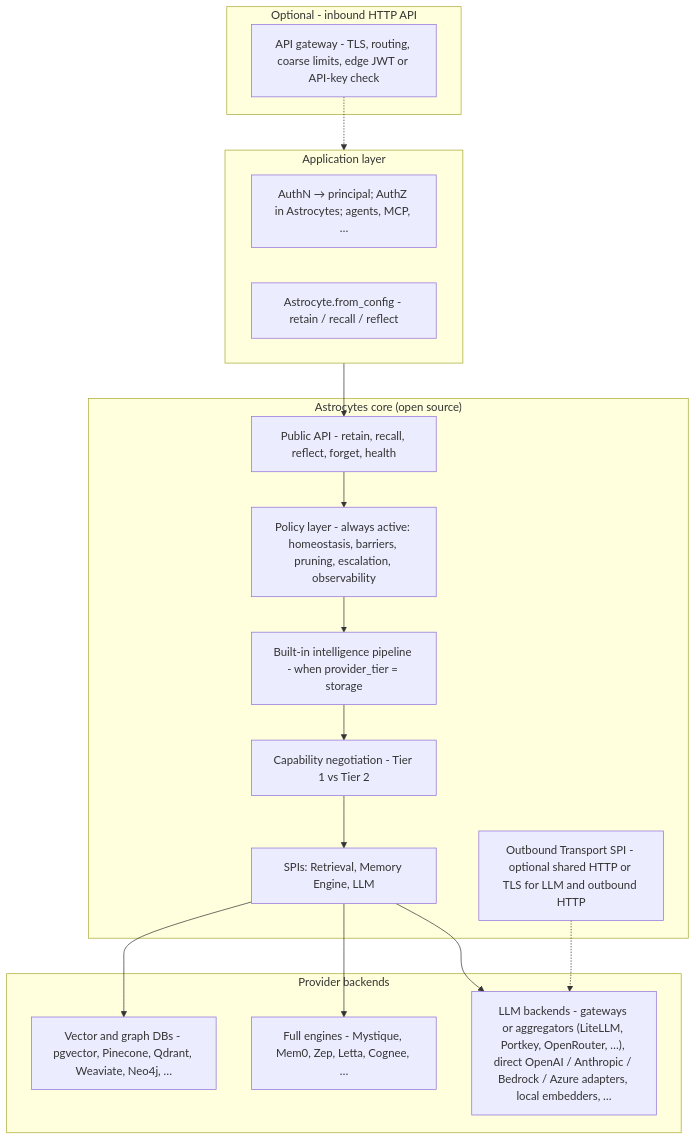
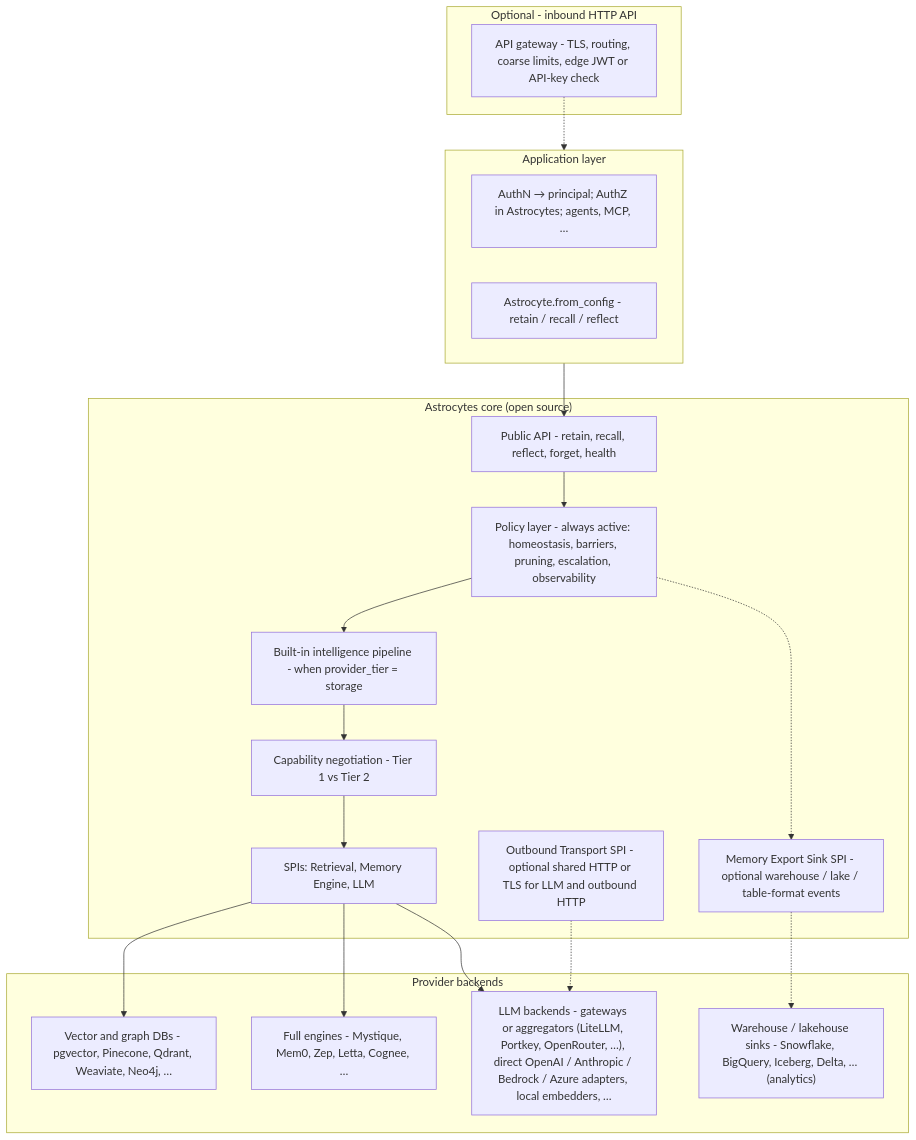
The third of 6 diagrams in docs/_design/architecture-framework.md (AstrocyteAI/astrocyte), drawn with Mermaid before and after one commit. The commit also changed other lines of this file and 25 other files, not shown here.

````diff
--- a/docs/_design/architecture-framework.md
+++ b/docs/_design/architecture-framework.md
@@ -94,35 +152,39 @@
 ```mermaid
 flowchart TB
   subgraph EDGE["Optional - inbound HTTP API"]
     APIGW[API gateway - TLS, routing, coarse limits, edge JWT or API-key check]
   end
 
   subgraph APP["Application layer"]
     APP1["AuthN → principal; AuthZ in Astrocytes; agents, MCP, …"]
     APP2["Astrocyte.from_config - retain / recall / reflect"]
   end
 
   subgraph CORE["Astrocytes core (open source)"]
     API["Public API - retain, recall, reflect, forget, health"]
     POL["Policy layer - always active: homeostasis, barriers, pruning, escalation, observability"]
     PIPE["Built-in intelligence pipeline - when provider_tier = storage"]
     CAP["Capability negotiation - Tier 1 vs Tier 2"]
     SPI["SPIs: Retrieval, Memory Engine, LLM"]
     OTX["Outbound Transport SPI - optional shared HTTP or TLS for LLM and outbound HTTP"]
+    MSK["Memory Export Sink SPI - optional warehouse / lake / table-format events"]
   end
 
   subgraph BACK["Provider backends"]
     VEC["Vector and graph DBs - pgvector, Pinecone, Qdrant, Weaviate, Neo4j, …"]
     ENG["Full engines - Mystique, Mem0, Zep, Letta, Cognee, …"]
     LLM["LLM backends - gateways or aggregators (LiteLLM, Portkey, OpenRouter, …), direct OpenAI / Anthropic / Bedrock / Azure adapters, local embedders, …"]
+    WH["Warehouse / lakehouse sinks - Snowflake, BigQuery, Iceberg, Delta, … (analytics)"]
   end
 
   APP --> API
   API --> POL --> PIPE --> CAP --> SPI
   SPI --> VEC
   SPI --> ENG
   SPI --> LLM
+  POL -.-> MSK
+  MSK -.-> WH
   OTX -.-> LLM
 
   APIGW -.-> APP
 ```
````
